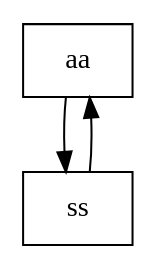
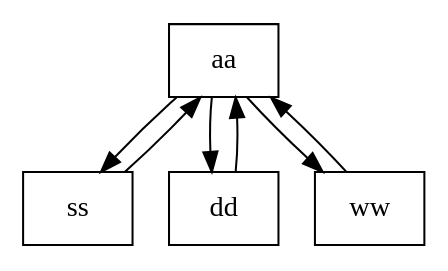
Before and after one commit to matiuuh/-EDD-Proyecto1_202203009: the diagram in output/matriz_amistades.dot, drawn with Graphviz. The commit also changed 5 other files, not shown here.

```diff
--- a/output/matriz_amistades.dot
+++ b/output/matriz_amistades.dot
@@ -1,5 +1,9 @@
 digraph G {
     node [shape=record];
     "aa" -> "ss";
     "ss" -> "aa";
+    "aa" -> "dd";
+    "dd" -> "aa";
+    "aa" -> "ww";
+    "ww" -> "aa";
 }
```
